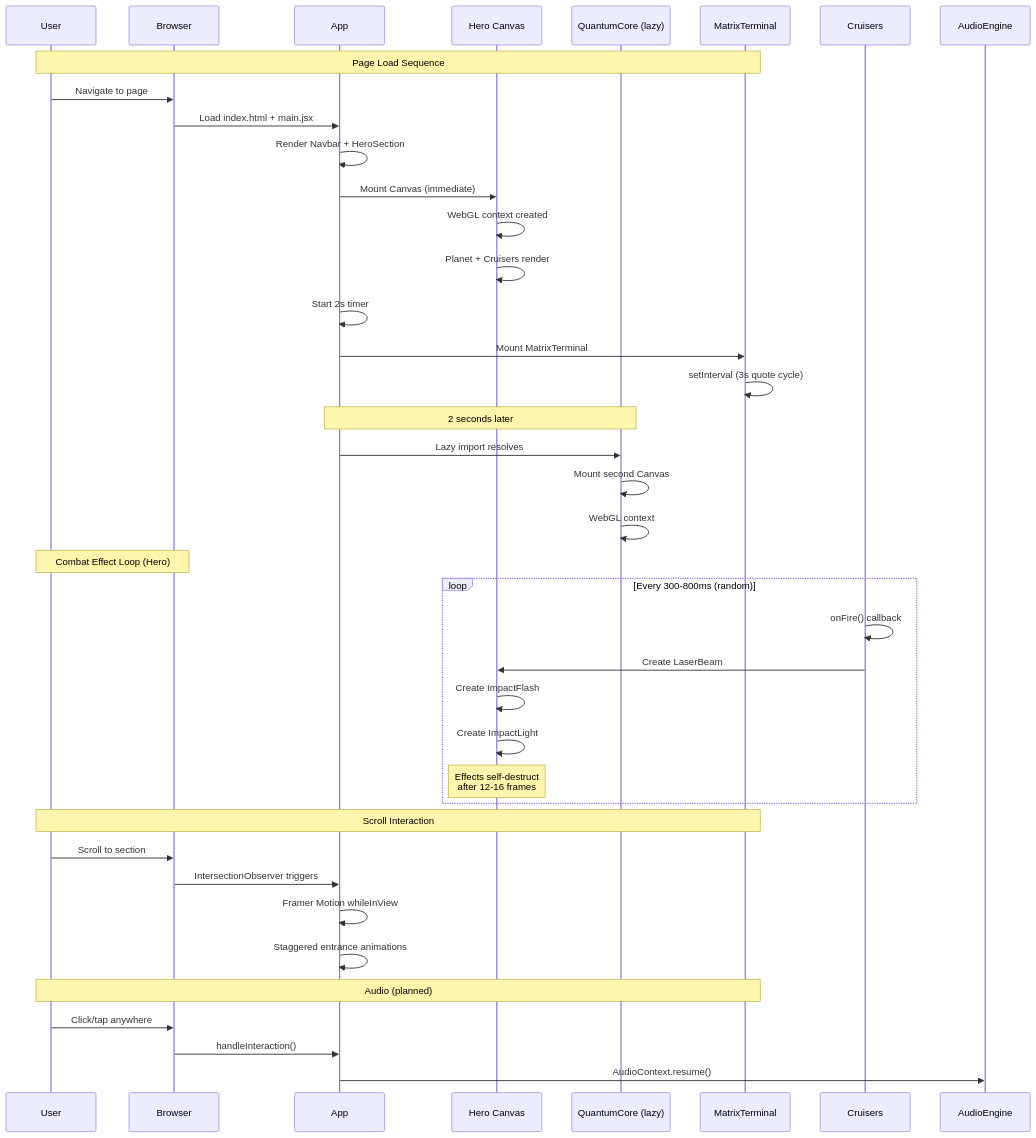
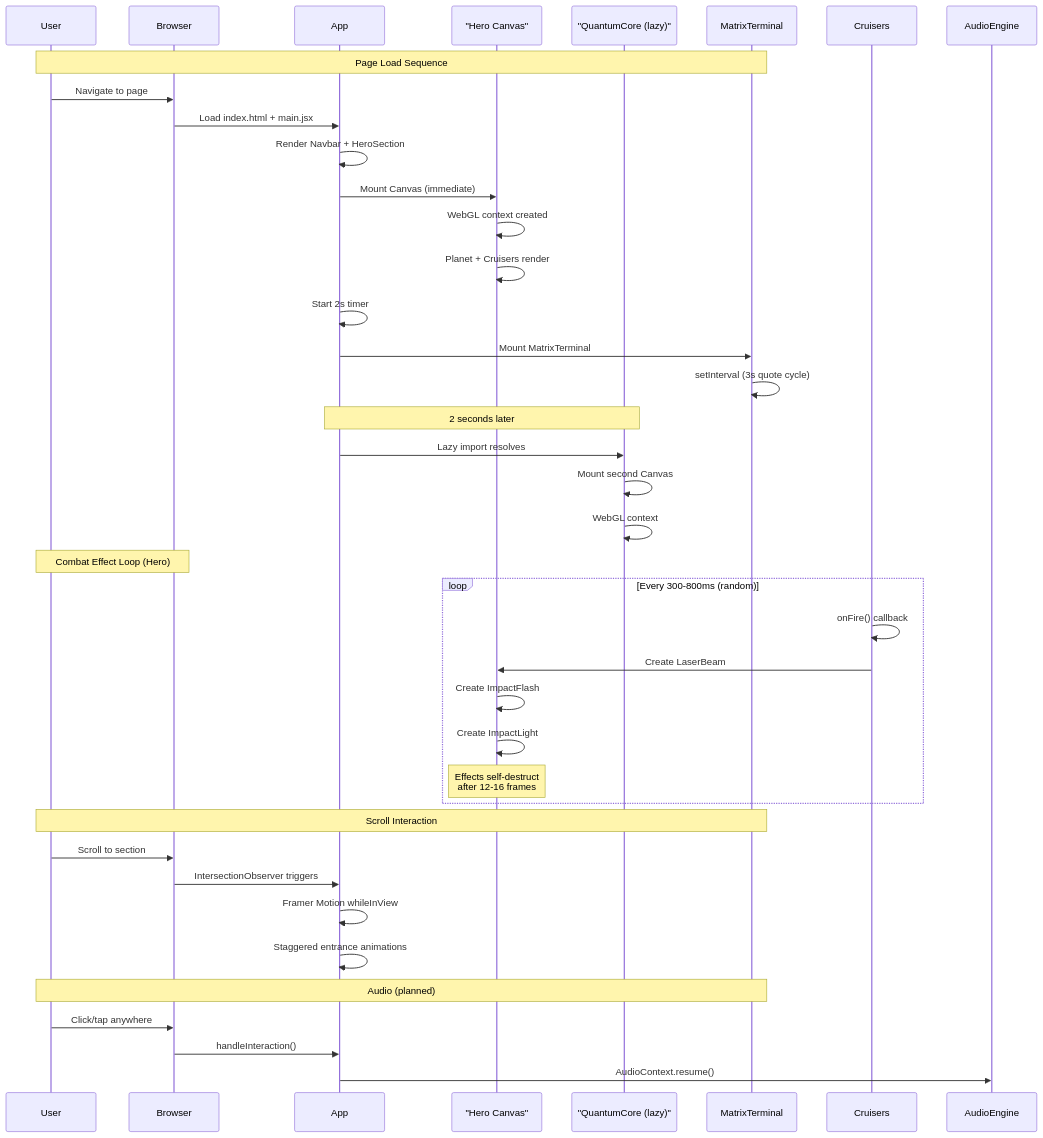
The third of 10 diagrams in README.md (tomschidmstmuller/JapStarCraft), drawn with Mermaid before and after one commit. The commit also changed other lines of this file, not shown here.

````diff
--- a/README.md
+++ b/README.md
@@ -198,51 +198,51 @@
 ```mermaid
 sequenceDiagram
     participant User
     participant Browser
     participant App
-    participant HeroCanvas as Hero Canvas
-    participant Quantum as QuantumCore (lazy)
+    participant HeroCanvas as "Hero Canvas"
+    participant Quantum as "QuantumCore (lazy)"
     participant Matrix as MatrixTerminal
     
     Note over User,Matrix: Page Load Sequence
     
     User->>Browser: Navigate to page
     Browser->>App: Load index.html + main.jsx
     App->>App: Render Navbar + HeroSection
     App->>HeroCanvas: Mount Canvas (immediate)
     HeroCanvas->>HeroCanvas: WebGL context created
     HeroCanvas->>HeroCanvas: Planet + Cruisers render
     
     App->>App: Start 2s timer
     App->>Matrix: Mount MatrixTerminal
     Matrix->>Matrix: setInterval (3s quote cycle)
     
     Note over App,Quantum: 2 seconds later
     
     App->>Quantum: Lazy import resolves
     Quantum->>Quantum: Mount second Canvas
     Quantum->>Quantum: WebGL context #2 created
     
     Note over User,Browser: Combat Effect Loop (Hero)
     
     loop Every 300-800ms (random)
         Cruisers->>Cruisers: onFire() callback
         Cruisers->>HeroCanvas: Create LaserBeam
         HeroCanvas->>HeroCanvas: Create ImpactFlash
         HeroCanvas->>HeroCanvas: Create ImpactLight
-        Note over HeroCanvas: Effects self-destruct<br/>after 12-16 frames
+        Note over HeroCanvas: Effects self-destruct<br>after 12-16 frames
     end
     
     Note over User,Matrix: Scroll Interaction
     
     User->>Browser: Scroll to section
     Browser->>App: IntersectionObserver triggers
     App->>App: Framer Motion whileInView
     App->>App: Staggered entrance animations
     
     Note over User,Matrix: Audio (planned)
     
     User->>Browser: Click/tap anywhere
     Browser->>App: handleInteraction()
     App->>AudioEngine: AudioContext.resume()
 ```
````
